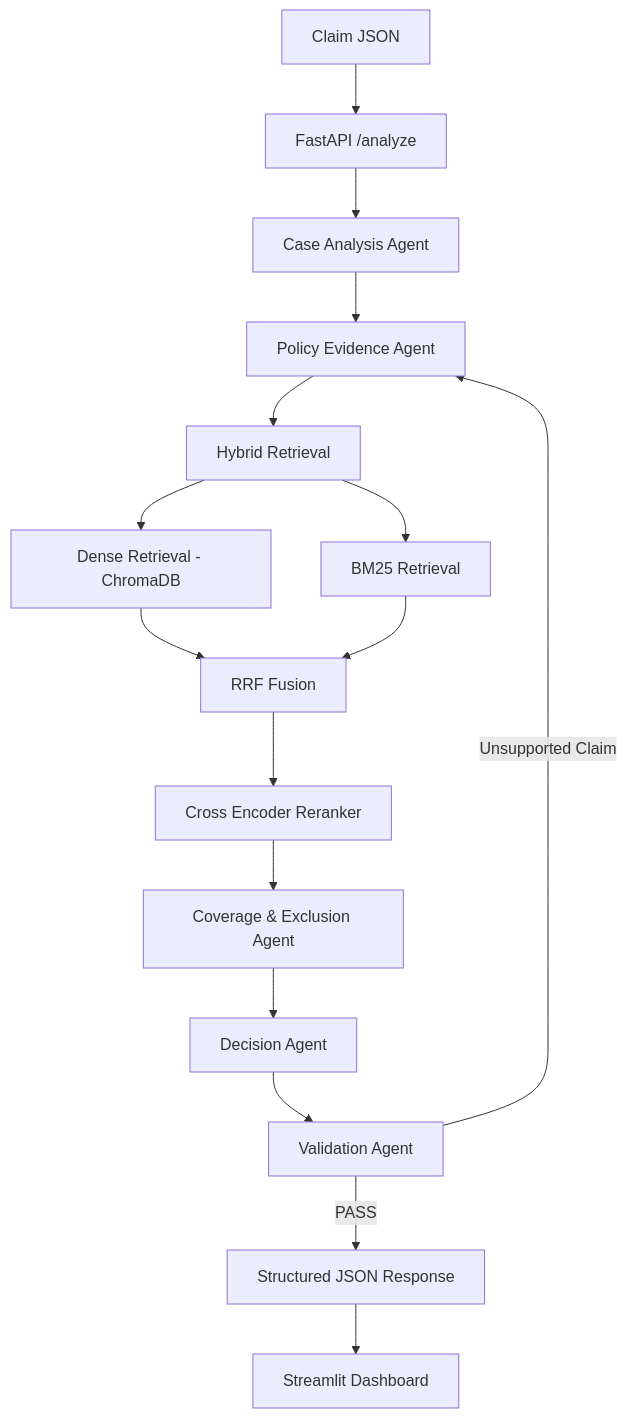
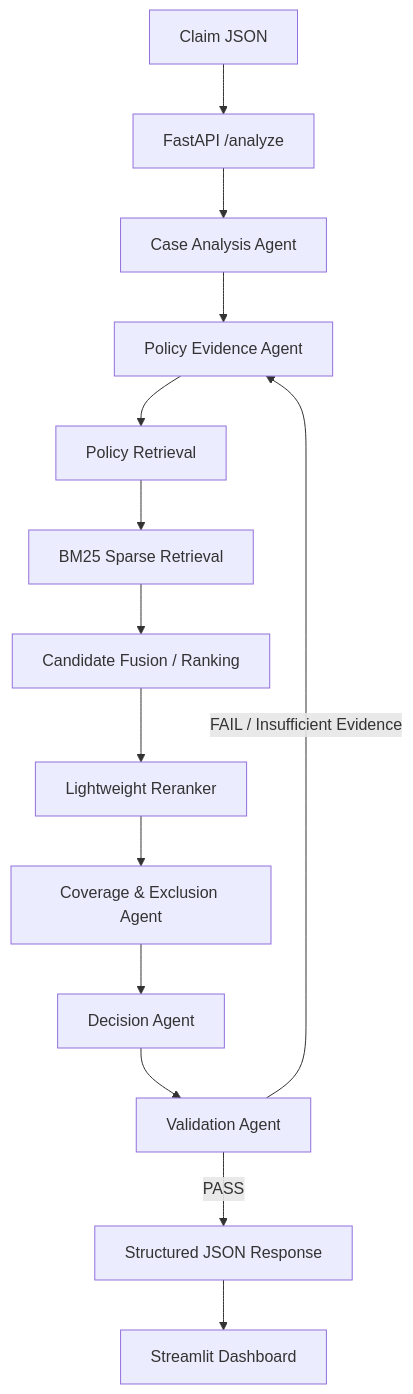
The first of 2 diagrams in README.md (Tajiya3030/aptino-policy-aware-multi-agent-rag-claim-engine), drawn with Mermaid before and after one commit. The commit also changed other lines of this file, not shown here.

````diff
--- a/README.md
+++ b/README.md
@@ -12,28 +18,29 @@
 ```mermaid
 flowchart TD
+
     A[Claim JSON] --> B[FastAPI /analyze]
 
     B --> C[Case Analysis Agent]
 
     C --> D[Policy Evidence Agent]
 
-    D --> E[Hybrid Retrieval]
+    D --> E[Policy Retrieval]
 
-    E --> E1[Dense Retrieval - ChromaDB]
-    E --> E2[BM25 Retrieval]
-    E1 --> F[RRF Fusion]
-    E2 --> F
-    F --> G[Cross Encoder Reranker]
+    E --> E1[BM25 Sparse Retrieval]
+
+    E1 --> F[Candidate Fusion / Ranking]
+
+    F --> G[Lightweight Reranker]
 
     G --> H[Coverage & Exclusion Agent]
 
     H --> I[Decision Agent]
 
     I --> J[Validation Agent]
 
     J -->|PASS| K[Structured JSON Response]
 
-    J -->|Unsupported Claim| D
+    J -->|FAIL / Insufficient Evidence| D
 
     K --> L[Streamlit Dashboard]
 ```
````
